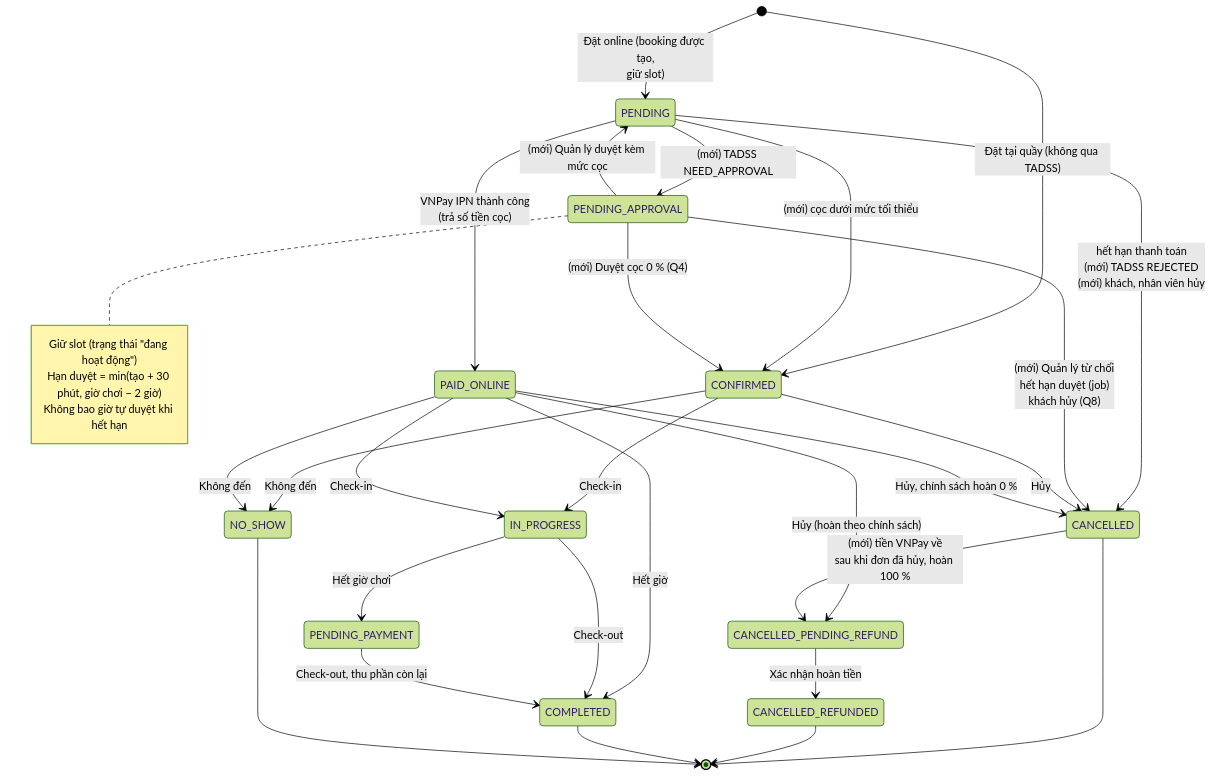
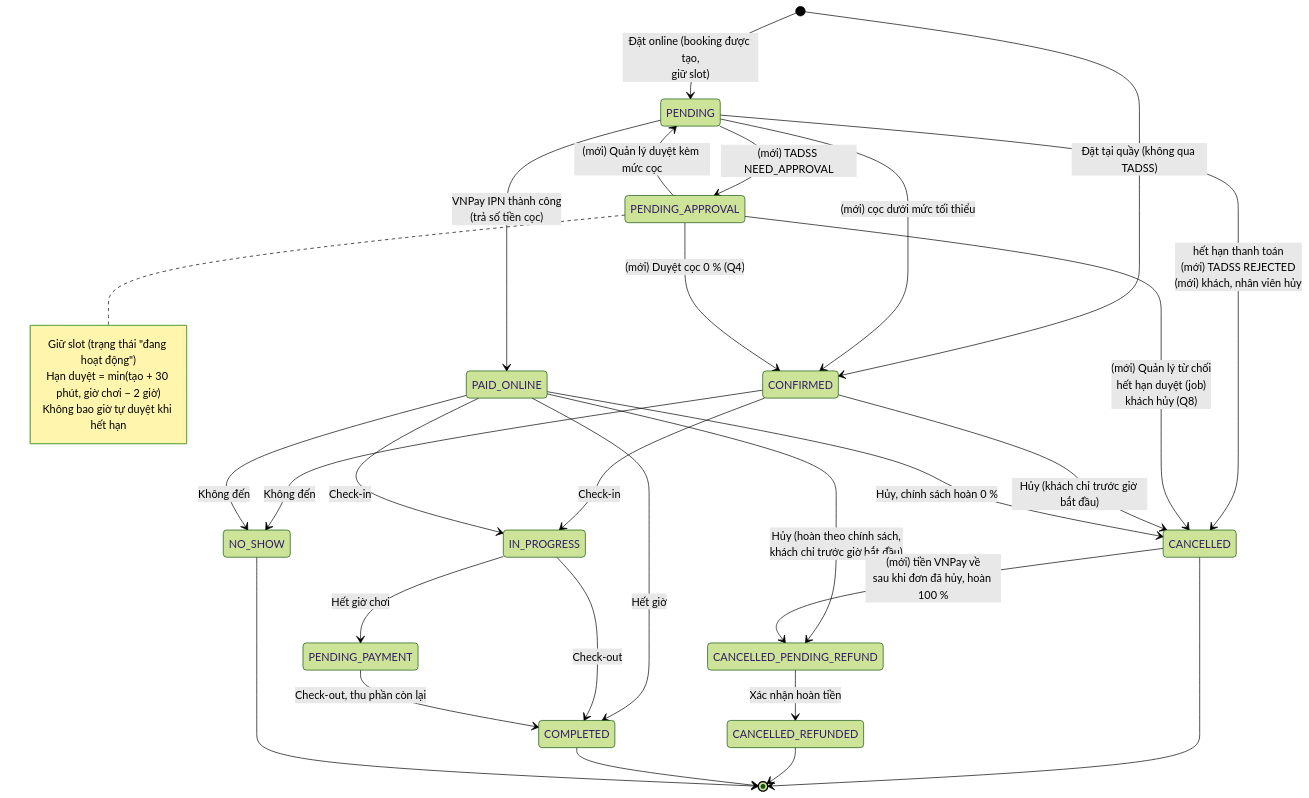
The fourth of 5 diagrams in docs/report/ACTIVITY_AND_STATE_DIAGRAMS.md (NguyenThanhTrung-N2T/TrustworthyAdaptiveDecisionSupportSystem-TADSS), drawn with Mermaid (forest theme) before and after one commit. The commit also changed 6 other files, not shown here.

````diff
--- a/docs/report/ACTIVITY_AND_STATE_DIAGRAMS.md
+++ b/docs/report/ACTIVITY_AND_STATE_DIAGRAMS.md
@@ -159,43 +159,43 @@
 ```mermaid
 stateDiagram-v2
     direction TB
     [*] --> PENDING: Đặt online (booking được tạo,<br/>giữ slot)
     [*] --> CONFIRMED: Đặt tại quầy (không qua TADSS)
 
     PENDING --> PENDING_APPROVAL: (mới) TADSS NEED_APPROVAL
     PENDING --> CANCELLED: hết hạn thanh toán<br/>(mới) TADSS REJECTED<br/>(mới) khách, nhân viên hủy
     PENDING --> CONFIRMED: (mới) cọc dưới mức tối thiểu
     PENDING --> PAID_ONLINE: VNPay IPN thành công<br/>(trả số tiền cọc)
 
     PENDING_APPROVAL --> PENDING: (mới) Quản lý duyệt kèm mức cọc
     PENDING_APPROVAL --> CANCELLED: (mới) Quản lý từ chối<br/>hết hạn duyệt (job)<br/>khách hủy (Q8)
     PENDING_APPROVAL --> CONFIRMED: (mới) Duyệt cọc 0 % (Q4)
 
     CONFIRMED --> IN_PROGRESS: Check-in
-    CONFIRMED --> CANCELLED: Hủy
+    CONFIRMED --> CANCELLED: Hủy (khách chỉ trước giờ bắt đầu)
     CONFIRMED --> NO_SHOW: Không đến
 
     PAID_ONLINE --> IN_PROGRESS: Check-in
-    PAID_ONLINE --> CANCELLED_PENDING_REFUND: Hủy (hoàn theo chính sách)
+    PAID_ONLINE --> CANCELLED_PENDING_REFUND: Hủy (hoàn theo chính sách,<br/>khách chỉ trước giờ bắt đầu)
     PAID_ONLINE --> CANCELLED: Hủy, chính sách hoàn 0 %
     PAID_ONLINE --> NO_SHOW: Không đến
     PAID_ONLINE --> COMPLETED: Hết giờ
 
     IN_PROGRESS --> PENDING_PAYMENT: Hết giờ chơi
     IN_PROGRESS --> COMPLETED: Check-out
     PENDING_PAYMENT --> COMPLETED: Check-out, thu phần còn lại
 
     CANCELLED_PENDING_REFUND --> CANCELLED_REFUNDED: Xác nhận hoàn tiền
     CANCELLED --> CANCELLED_PENDING_REFUND: (mới) tiền VNPay về<br/>sau khi đơn đã hủy, hoàn 100 %
 
     CANCELLED --> [*]
     CANCELLED_REFUNDED --> [*]
     COMPLETED --> [*]
     NO_SHOW --> [*]
 
     note right of PENDING_APPROVAL
         Giữ slot (trạng thái "đang hoạt động")
         Hạn duyệt = min(tạo + 30 phút, giờ chơi − 2 giờ)
         Không bao giờ tự duyệt khi hết hạn
     end note
 ```
````
